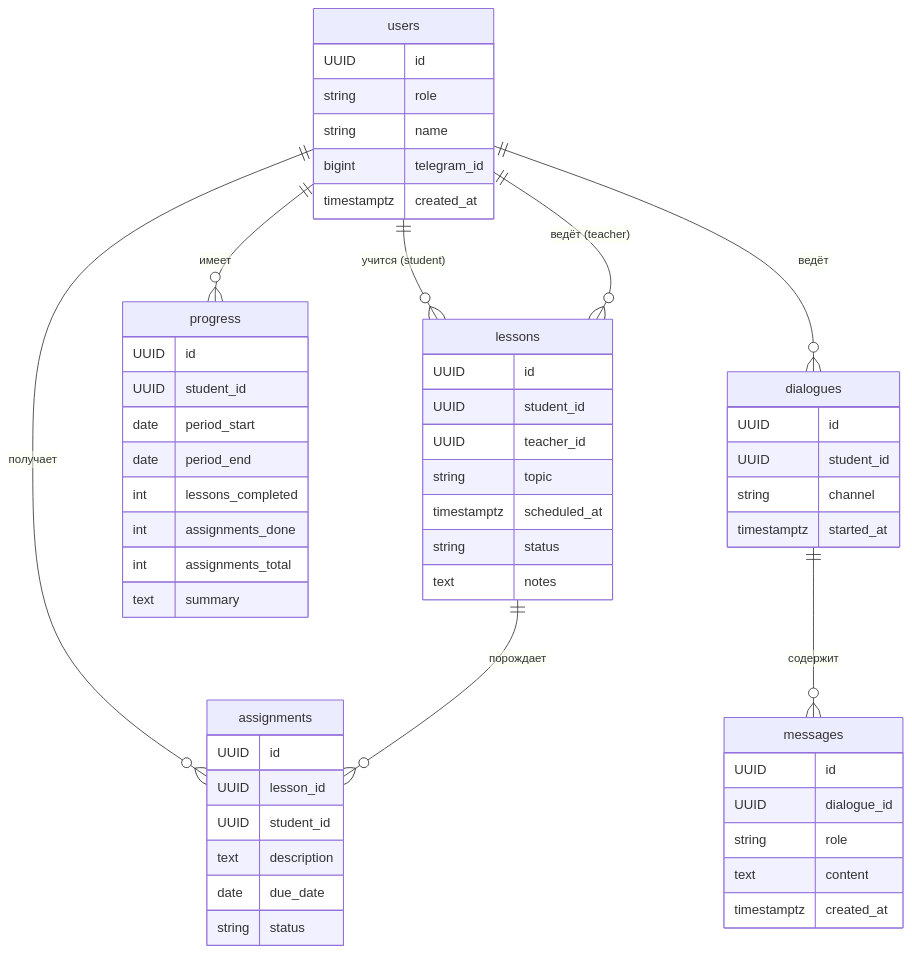
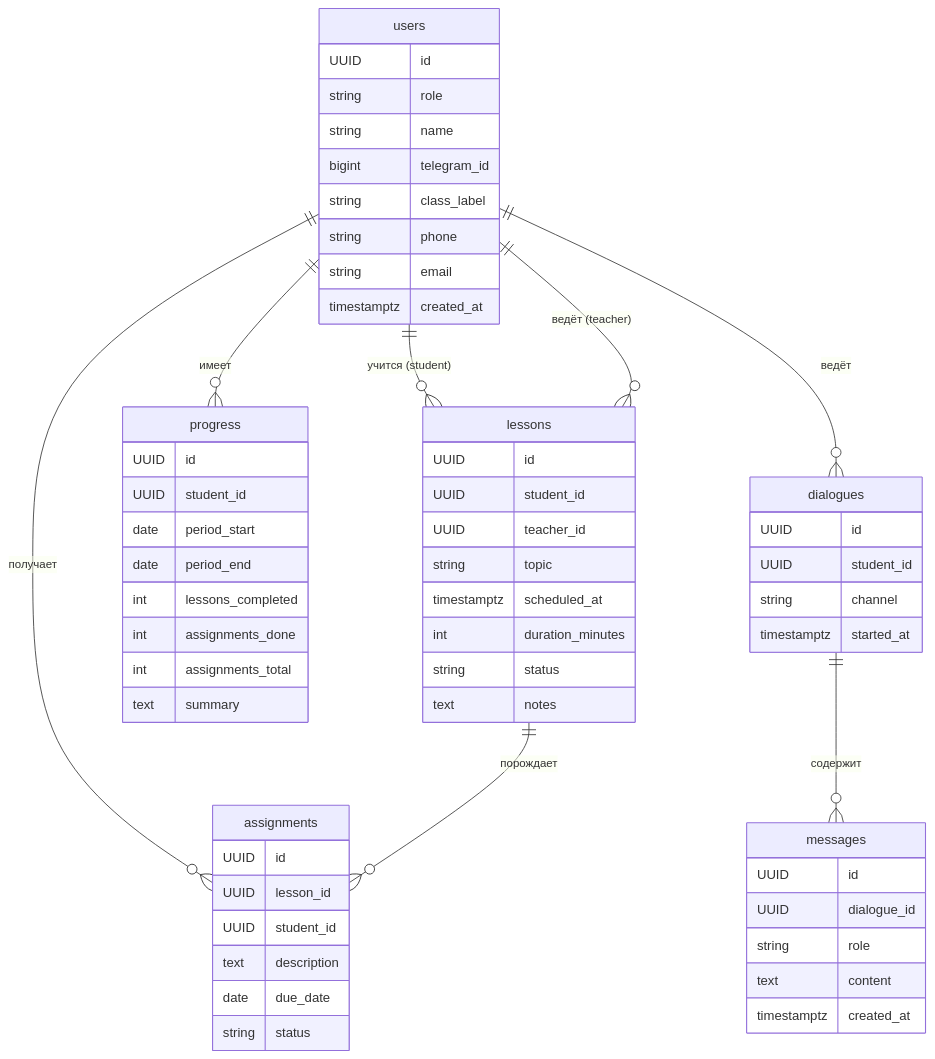
The diagram in docs/data-model.md (vzolotopupov77/Ttlg_bot_learning), drawn with Mermaid before and after one commit. The commit also changed other lines of this file and 20 other files, not shown here.

````diff
--- a/docs/data-model.md
+++ b/docs/data-model.md
@@ -104,63 +108,67 @@
 ```mermaid
 erDiagram
     users {
         UUID id
         string role
         string name
         bigint telegram_id
+        string class_label
+        string phone
+        string email
         timestamptz created_at
     }
 
     lessons {
         UUID id
         UUID student_id
         UUID teacher_id
         string topic
         timestamptz scheduled_at
+        int duration_minutes
         string status
         text notes
     }
 
     assignments {
         UUID id
         UUID lesson_id
         UUID student_id
         text description
         date due_date
         string status
     }
 
     progress {
         UUID id
         UUID student_id
         date period_start
         date period_end
         int lessons_completed
         int assignments_done
         int assignments_total
         text summary
     }
 
     dialogues {
         UUID id
         UUID student_id
         string channel
         timestamptz started_at
     }
 
     messages {
         UUID id
         UUID dialogue_id
         string role
         text content
         timestamptz created_at
     }
 
     users ||--o{ lessons : "учится (student)"
     users ||--o{ lessons : "ведёт (teacher)"
     users ||--o{ assignments : "получает"
     users ||--o{ progress : "имеет"
     users ||--o{ dialogues : "ведёт"
     lessons ||--o{ assignments : "порождает"
     dialogues ||--o{ messages : "содержит"
 ```
````
